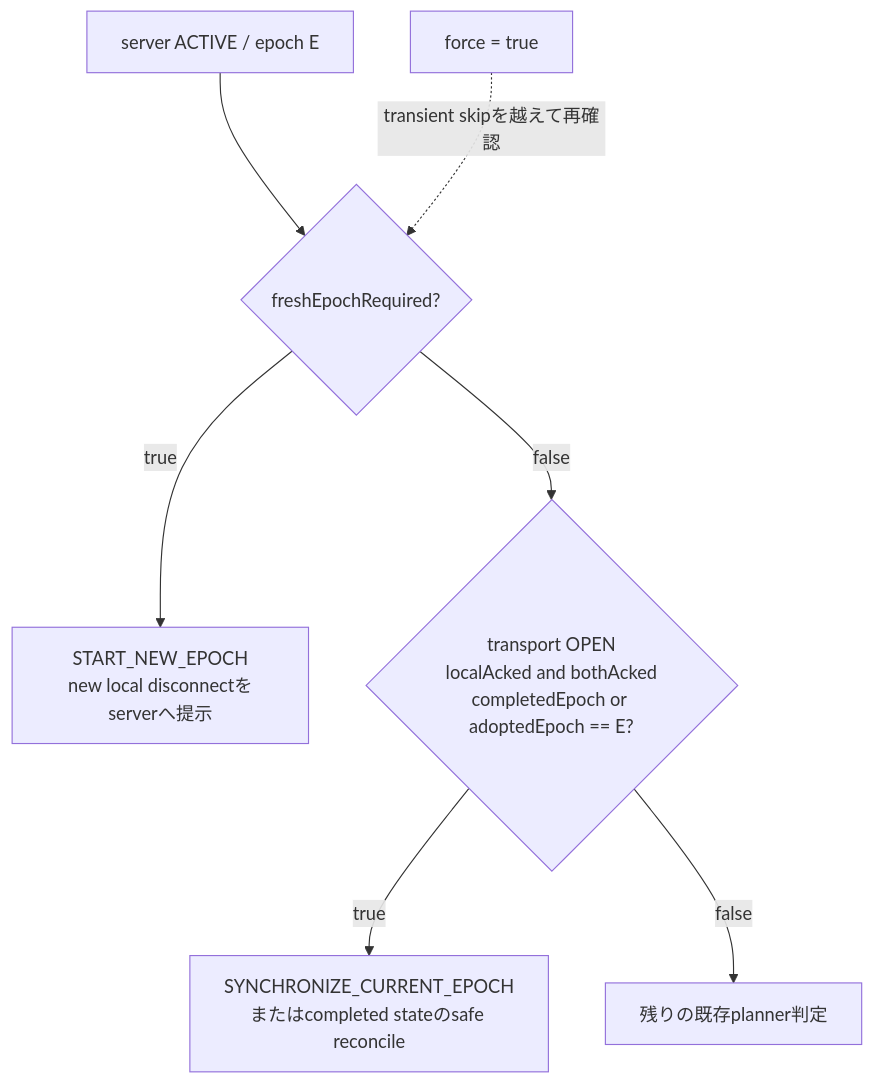
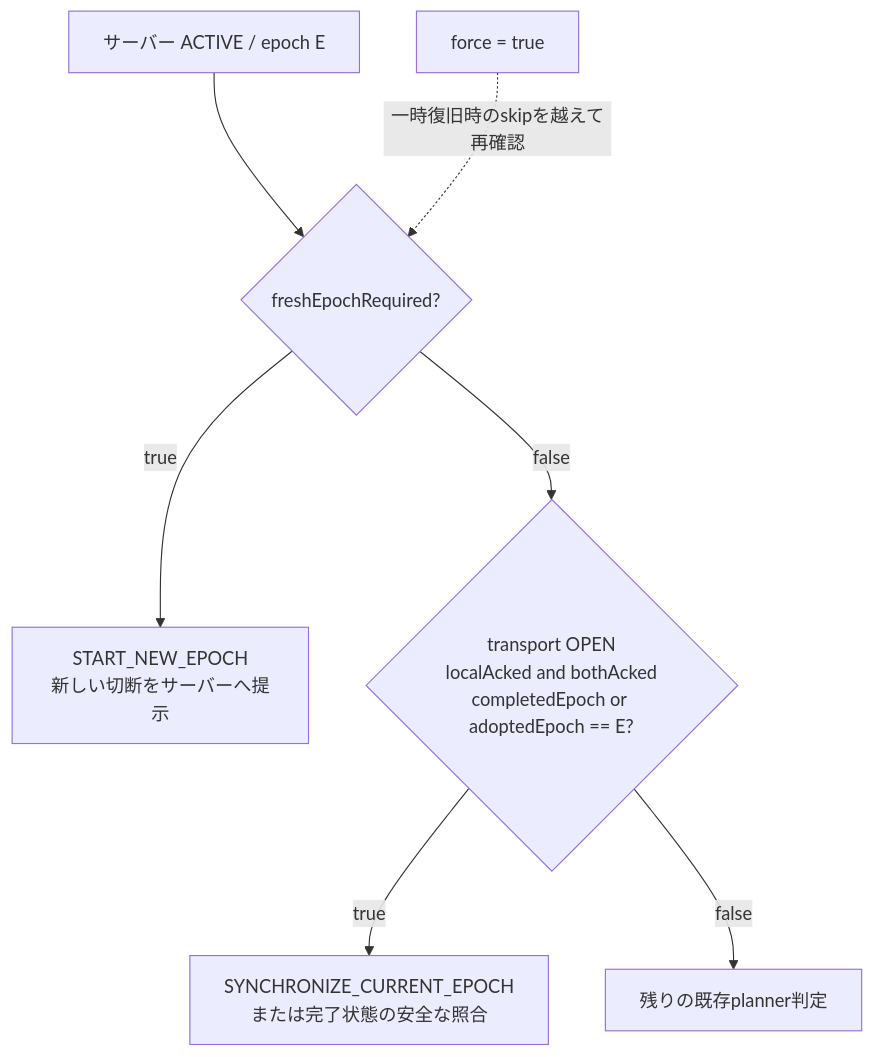
Before and after one commit to shinp-dev/othello: the fourth of 5 diagrams in docs/ONLINE_MATCH_RECONNECT_DESIGN_STORY.md, drawn with Mermaid. The commit also changed other lines of this file, not shown here.

````diff
--- a/docs/ONLINE_MATCH_RECONNECT_DESIGN_STORY.md
+++ b/docs/ONLINE_MATCH_RECONNECT_DESIGN_STORY.md
@@ -194,9 +305,9 @@
 ```mermaid
 flowchart TD
-    A[server ACTIVE / epoch E] --> B{freshEpochRequired?}
-    B -->|true| C[START_NEW_EPOCH<br/>new local disconnectをserverへ提示]
+    A[サーバー ACTIVE / epoch E] --> B{freshEpochRequired?}
+    B -->|true| C[START_NEW_EPOCH<br/>新しい切断をサーバーへ提示]
     B -->|false| D{transport OPEN<br/>localAcked and bothAcked<br/>completedEpoch or adoptedEpoch == E?}
-    D -->|true| E[SYNCHRONIZE_CURRENT_EPOCH<br/>またはcompleted stateのsafe reconcile]
+    D -->|true| E[SYNCHRONIZE_CURRENT_EPOCH<br/>または完了状態の安全な照合]
     D -->|false| F[残りの既存planner判定]
-    G[force = true] -. transient skipを越えて再確認 .-> B
+    G[force = true] -. 一時復旧時のskipを越えて再確認 .-> B
 ```
````
